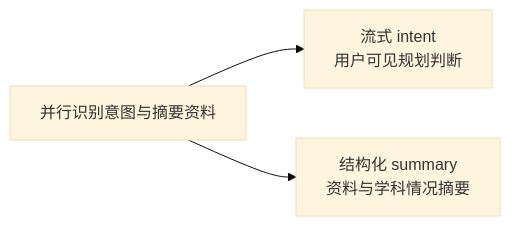
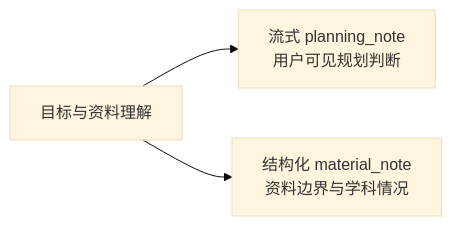
One commit to aiteachme/AITeachMe changed the second of 3 diagrams in backend/app/workflows/digest/planner/README.md. Above: the diagram before and after it, drawn with Mermaid (base theme). The commit also changed other lines of this file and 34 other files, not shown here.

````diff
--- a/backend/app/workflows/digest/planner/README.md
+++ b/backend/app/workflows/digest/planner/README.md
@@ -85,5 +91,5 @@
 ```mermaid
 flowchart LR
-    B["并行识别意图与摘要资料"] --> B1["流式 intent<br/>用户可见规划判断"]
-    B --> B2["结构化 summary<br/>资料与学科情况摘要"]
+    B["目标与资料理解"] --> B1["流式 planning_note<br/>用户可见规划判断"]
+    B --> B2["结构化 material_note<br/>资料边界与学科情况"]
 ```
````
